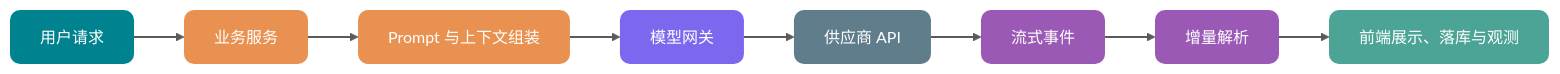
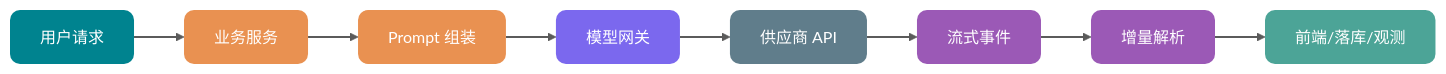
The first of 3 diagrams in docs/ai/llm-basis/llm-api-engineering.md (nemoipaha/JavaGuide), drawn with Mermaid before and after one commit. The commit also changed other lines of this file and 5 other files, not shown here.

````diff
--- a/docs/ai/llm-basis/llm-api-engineering.md
+++ b/docs/ai/llm-basis/llm-api-engineering.md
@@ -43,25 +43,22 @@
 ```mermaid
 flowchart LR
-    User["用户请求"] --> App["业务服务"]
-    App --> Prompt["Prompt 与上下文组装"]
-    Prompt --> Gateway["模型网关"]
-    Gateway --> Provider["供应商 API"]
-    Provider --> Stream["流式事件"]
-    Stream --> Parser["增量解析"]
-    Parser --> Sink["前端展示、落库与观测"]
+    User["用户请求"]:::client
+    App["业务服务"]:::business
+    Prompt["Prompt 组装"]:::business
+    Gateway["模型网关"]:::gateway
+    Provider["供应商 API"]:::external
+    Stream["流式事件"]:::infra
+    Parser["增量解析"]:::infra
+    Sink["前端/落库/观测"]:::success
+
+    User --> App --> Prompt --> Gateway --> Provider --> Stream --> Parser --> Sink
 
     classDef client fill:#00838F,color:#FFFFFF,stroke:none,rx:10,ry:10
     classDef business fill:#E99151,color:#FFFFFF,stroke:none,rx:10,ry:10
     classDef gateway fill:#7B68EE,color:#FFFFFF,stroke:none,rx:10,ry:10
     classDef external fill:#607D8B,color:#FFFFFF,stroke:none,rx:10,ry:10
     classDef infra fill:#9B59B6,color:#FFFFFF,stroke:none,rx:10,ry:10
     classDef success fill:#4CA497,color:#FFFFFF,stroke:none,rx:10,ry:10
 
-    class User client
-    class App,Prompt business
-    class Gateway gateway
-    class Provider external
-    class Stream,Parser infra
-    class Sink success
     linkStyle default stroke-width:2px,stroke:#333333,opacity:0.8
 ```
````
